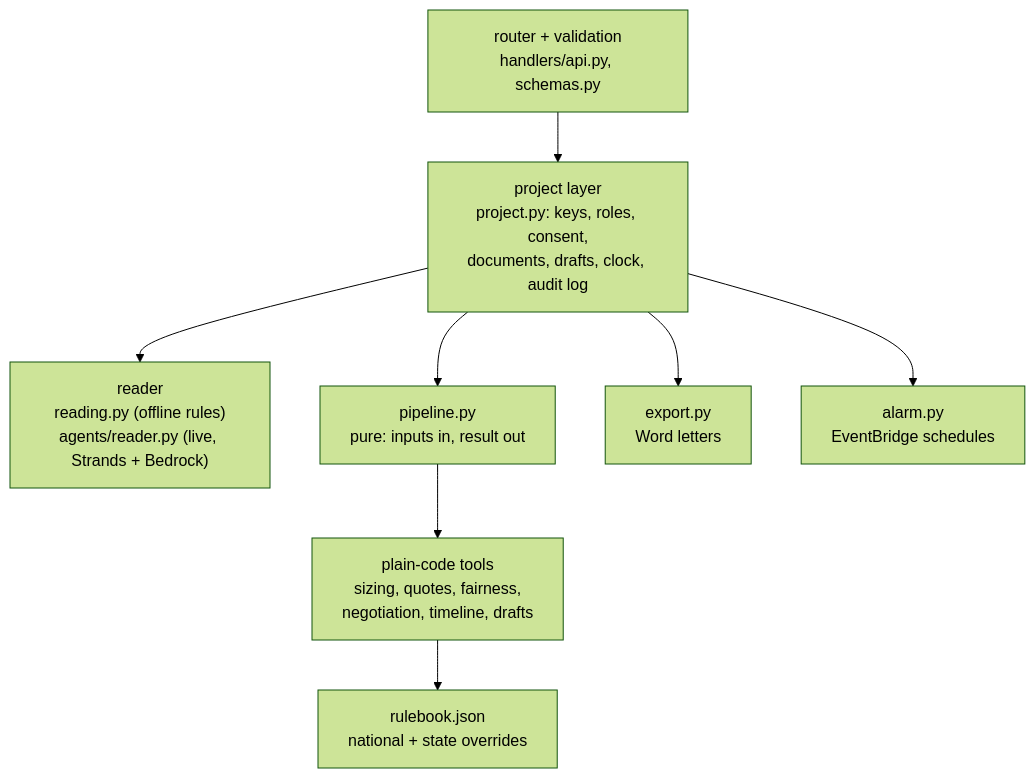
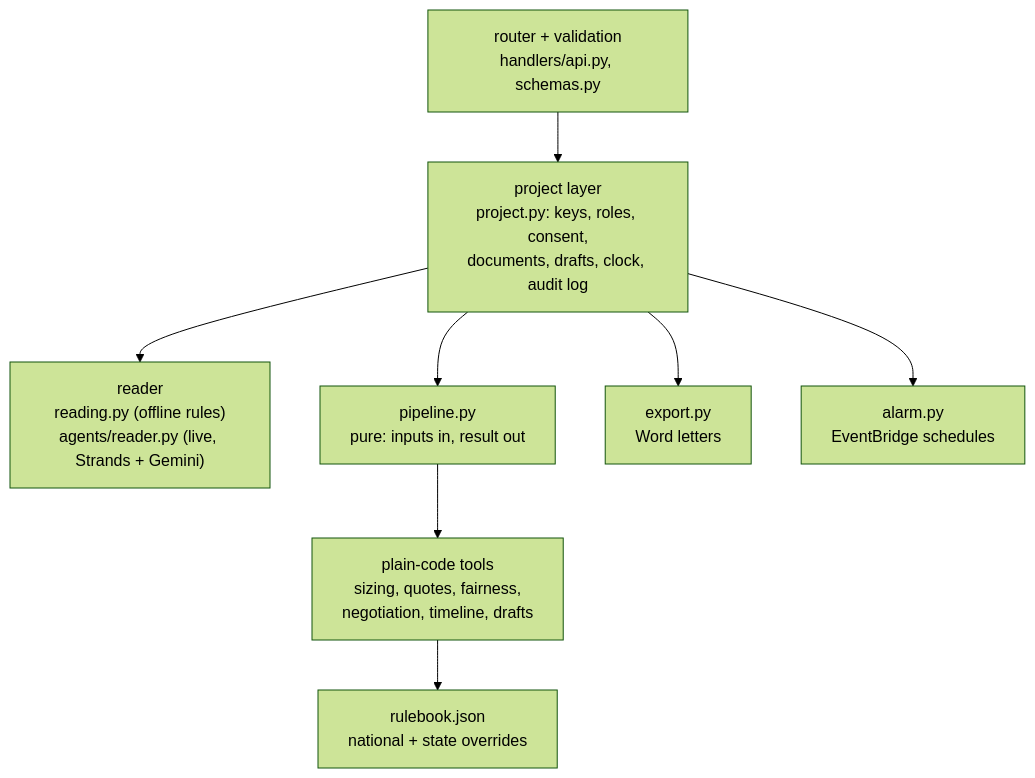
Before and after one commit to kh-bikash/solarsabha: the second of 7 diagrams in docs/ARCHITECTURE.md, drawn with Mermaid (forest theme). The commit also changed other lines of this file and 29 other files, not shown here.

First line of the commit message:
Run the agents on Gemini with fallbacks, background reviews and versioned saves

````diff
--- a/docs/ARCHITECTURE.md
+++ b/docs/ARCHITECTURE.md
@@ -30,10 +35,10 @@
 ```mermaid
 flowchart TB
   R["router + validation<br/>handlers/api.py, schemas.py"] --> PJ["project layer<br/>project.py: keys, roles, consent,<br/>documents, drafts, clock, audit log"]
-  PJ --> RD["reader<br/>reading.py (offline rules)<br/>agents/reader.py (live, Strands + Bedrock)"]
+  PJ --> RD["reader<br/>reading.py (offline rules)<br/>agents/reader.py (live, Strands + Gemini)"]
   PJ --> PL["pipeline.py<br/>pure: inputs in, result out"]
   PL --> T["plain-code tools<br/>sizing, quotes, fairness,<br/>negotiation, timeline, drafts"]
   T --> RB["rulebook.json<br/>national + state overrides"]
   PJ --> EX["export.py<br/>Word letters"]
   PJ --> AL["alarm.py<br/>EventBridge schedules"]
 ```
````
